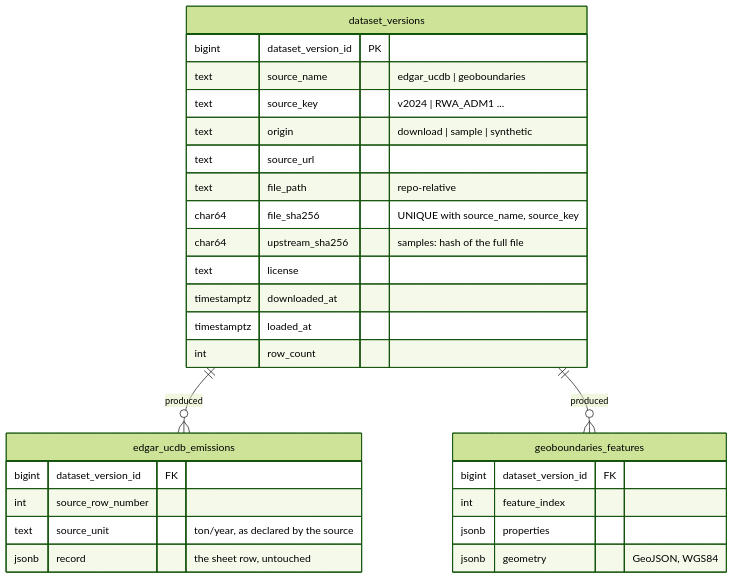
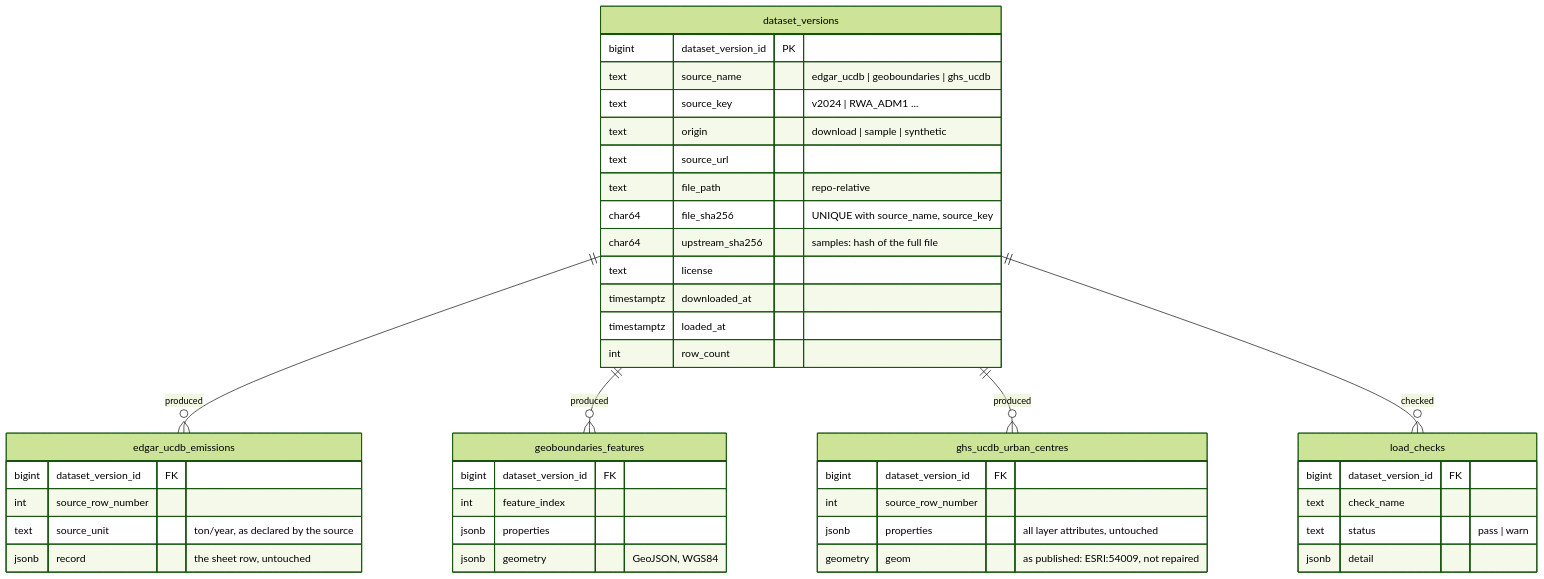
One commit to tom-cruiser/city-emissions-platform changed the second of 2 diagrams in README.md. Above: the diagram before and after it, drawn with Mermaid (forest theme). The commit also changed other lines of this file and 14 other files, not shown here.

First line of the commit message:
Stage 2: GHS-UCDB urban-centre polygons in raw with load checks

````diff
--- a/README.md
+++ b/README.md
@@ -78,31 +81,45 @@
 ```mermaid
 erDiagram
     dataset_versions ||--o{ edgar_ucdb_emissions : "produced"
     dataset_versions ||--o{ geoboundaries_features : "produced"
+    dataset_versions ||--o{ ghs_ucdb_urban_centres : "produced"
+    dataset_versions ||--o{ load_checks : "checked"
     dataset_versions {
         bigint dataset_version_id PK
-        text source_name "edgar_ucdb | geoboundaries"
+        text source_name "edgar_ucdb | geoboundaries | ghs_ucdb"
         text source_key "v2024 | RWA_ADM1 ..."
         text origin "download | sample | synthetic"
         text source_url
         text file_path "repo-relative"
         char64 file_sha256 "UNIQUE with source_name, source_key"
         char64 upstream_sha256 "samples: hash of the full file"
         text license
         timestamptz downloaded_at
         timestamptz loaded_at
         int row_count
     }
     edgar_ucdb_emissions {
         bigint dataset_version_id FK
         int source_row_number
         text source_unit "ton/year, as declared by the source"
         jsonb record "the sheet row, untouched"
     }
     geoboundaries_features {
         bigint dataset_version_id FK
         int feature_index
         jsonb properties
         jsonb geometry "GeoJSON, WGS84"
     }
+    ghs_ucdb_urban_centres {
+        bigint dataset_version_id FK
+        int source_row_number
+        jsonb properties "all layer attributes, untouched"
+        geometry geom "as published: ESRI:54009, not repaired"
+    }
+    load_checks {
+        bigint dataset_version_id FK
+        text check_name
+        text status "pass | warn"
+        jsonb detail
+    }
 ```
````
